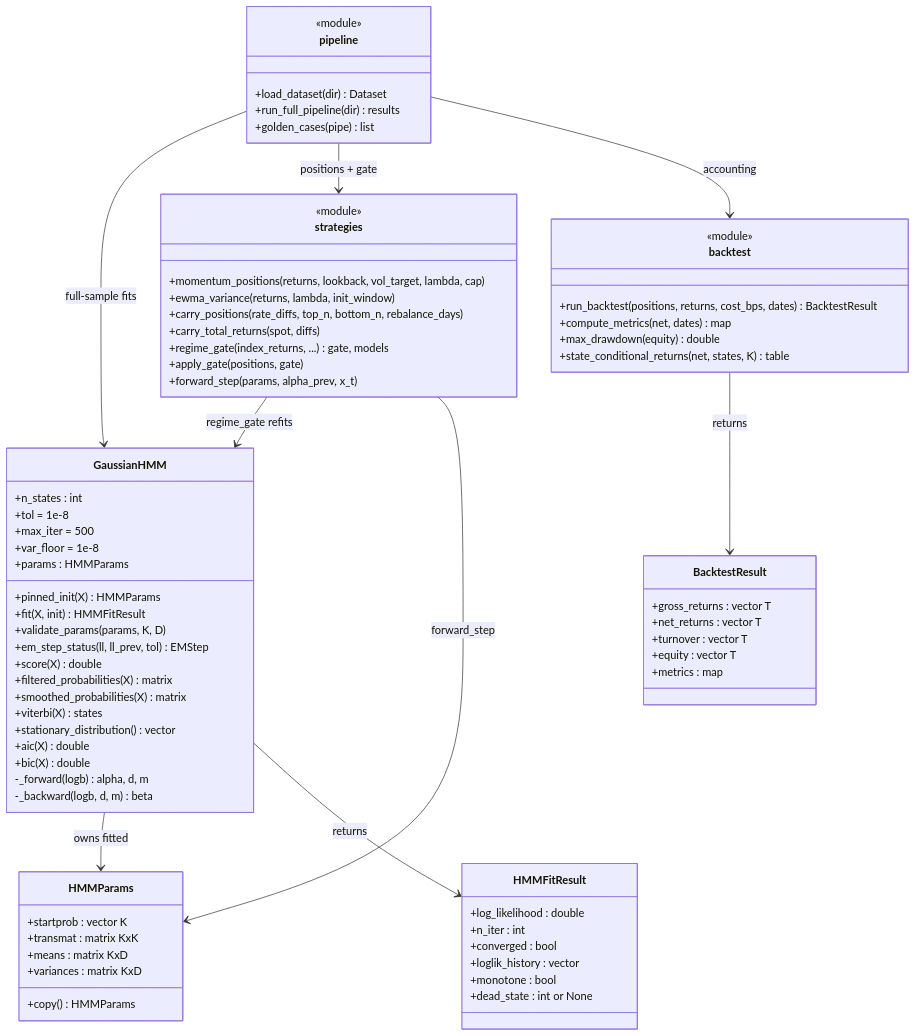
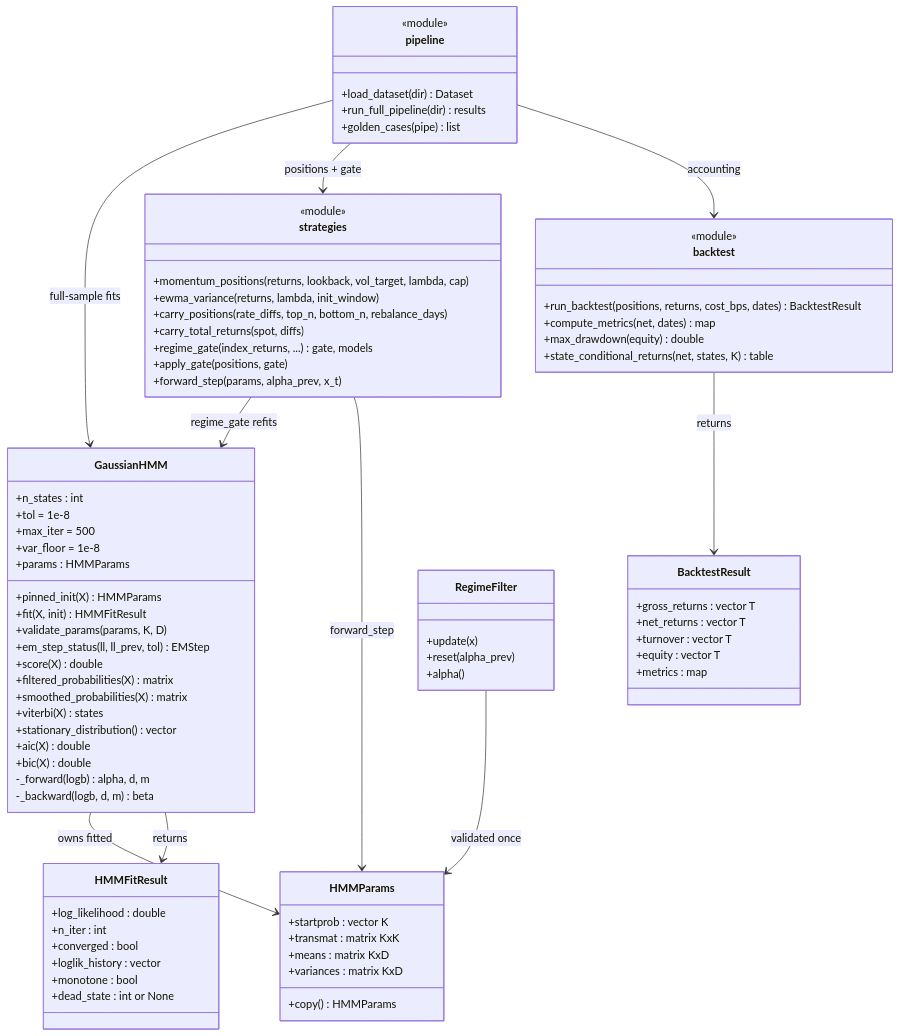
Before and after one commit to AshJha0/regime-aware-trading: the diagram in docs/diagrams/hmm_classes.mmd, drawn with Mermaid. The commit also changed 17 other files, not shown here.

```diff
--- a/docs/diagrams/hmm_classes.mmd
+++ b/docs/diagrams/hmm_classes.mmd
@@ -1,81 +1,87 @@
 classDiagram
     class HMMParams {
         +startprob : vector K
         +transmat : matrix KxK
         +means : matrix KxD
         +variances : matrix KxD
         +copy() HMMParams
     }
 
     class HMMFitResult {
         +log_likelihood : double
         +n_iter : int
         +converged : bool
         +loglik_history : vector
         +monotone : bool
         +dead_state : int or None
     }
 
     class GaussianHMM {
         +n_states : int
         +tol = 1e-8
         +max_iter = 500
         +var_floor = 1e-8
         +params : HMMParams
         +pinned_init(X) HMMParams
         +fit(X, init) HMMFitResult
         +validate_params(params, K, D)
         +em_step_status(ll, ll_prev, tol) EMStep
         +score(X) double
         +filtered_probabilities(X) matrix
         +smoothed_probabilities(X) matrix
         +viterbi(X) states
         +stationary_distribution() vector
         +aic(X) double
         +bic(X) double
         -_forward(logb) alpha, d, m
         -_backward(logb, d, m) beta
     }
 
     class strategies {
         <<module>>
         +momentum_positions(returns, lookback, vol_target, lambda, cap)
         +ewma_variance(returns, lambda, init_window)
         +carry_positions(rate_diffs, top_n, bottom_n, rebalance_days)
         +carry_total_returns(spot, diffs)
         +regime_gate(index_returns, ...) gate, models
         +apply_gate(positions, gate)
         +forward_step(params, alpha_prev, x_t)
     }
 
     class backtest {
         <<module>>
         +run_backtest(positions, returns, cost_bps, dates) BacktestResult
         +compute_metrics(net, dates) map
         +max_drawdown(equity) double
         +state_conditional_returns(net, states, K) table
     }
 
     class BacktestResult {
         +gross_returns : vector T
         +net_returns : vector T
         +turnover : vector T
         +equity : vector T
         +metrics : map
     }
 
     class pipeline {
         <<module>>
         +load_dataset(dir) Dataset
         +run_full_pipeline(dir) results
         +golden_cases(pipe) list
     }
 
     GaussianHMM --> HMMParams : owns fitted
     GaussianHMM --> HMMFitResult : returns
     strategies --> GaussianHMM : regime_gate refits
     strategies --> HMMParams : forward_step
+    class RegimeFilter {
+        +update(x)
+        +reset(alpha_prev)
+        +alpha()
+    }
+    RegimeFilter --> HMMParams : validated once
     backtest --> BacktestResult : returns
     pipeline --> GaussianHMM : full-sample fits
     pipeline --> strategies : positions + gate
     pipeline --> backtest : accounting
```
